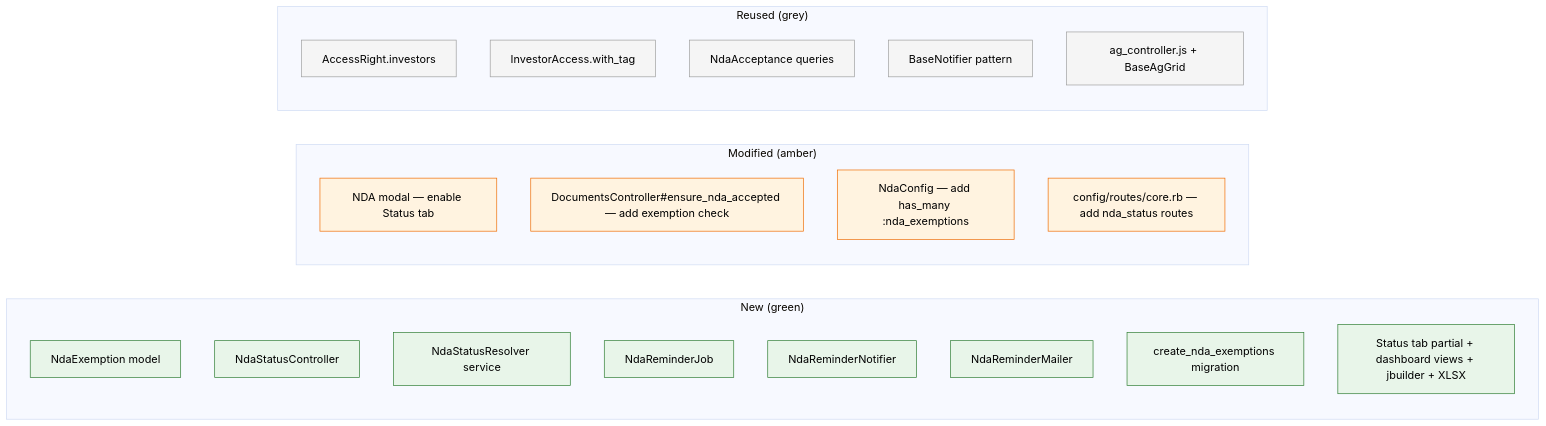
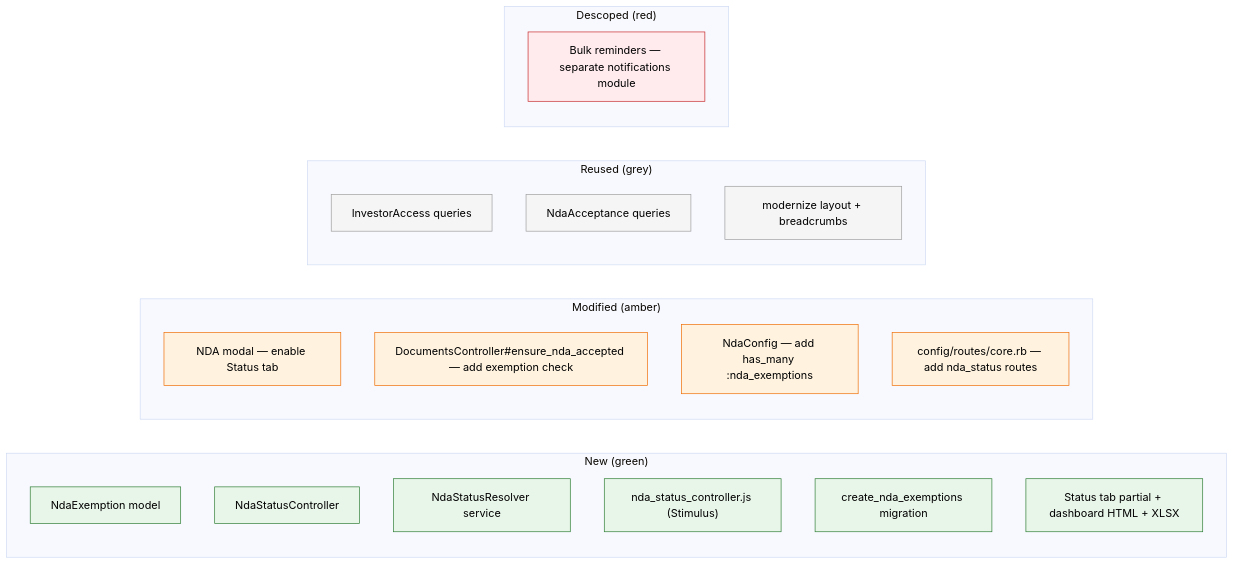
The third of 11 diagrams in openspec/changes/nda-data-room-module-3-gp-dashboard/design.md (sampadadiwan/IRM_CompanyMain), drawn with Mermaid (base theme) before and after one commit. The commit also changed other lines of this file, not shown here.

First line of the commit message:
docs: Update design doc — InvestorAccess, HTML table, descope reminders

````diff
--- a/openspec/changes/nda-data-room-module-3-gp-dashboard/design.md
+++ b/openspec/changes/nda-data-room-module-3-gp-dashboard/design.md
@@ -196,35 +160,37 @@
 ```mermaid
 flowchart LR
     subgraph New["New (green)"]
         NE["NdaExemption model"]
         NSC["NdaStatusController"]
         NSR["NdaStatusResolver service"]
-        NRJ["NdaReminderJob"]
-        NRN["NdaReminderNotifier"]
-        NRM["NdaReminderMailer"]
+        STIM["nda_status_controller.js (Stimulus)"]
         MIG["create_nda_exemptions migration"]
-        VIEWS["Status tab partial + dashboard views + jbuilder + XLSX"]
+        VIEWS["Status tab partial + dashboard HTML + XLSX"]
     end
 
     subgraph Modified["Modified (amber)"]
         MODAL["NDA modal — enable Status tab"]
         GATE["DocumentsController#ensure_nda_accepted — add exemption check"]
         NDACONF["NdaConfig — add has_many :nda_exemptions"]
         ROUTES["config/routes/core.rb — add nda_status routes"]
     end
 
     subgraph Reused["Reused (grey)"]
-        AR["AccessRight.investors"]
-        IA["InvestorAccess.with_tag"]
+        IA["InvestorAccess queries"]
         NA["NdaAcceptance queries"]
-        BN["BaseNotifier pattern"]
-        AGG["ag_controller.js + BaseAgGrid"]
+        LAYOUT["modernize layout + breadcrumbs"]
+    end
+
+    subgraph Descoped["Descoped (red)"]
+        REM["Bulk reminders — separate notifications module"]
     end
 
     classDef green fill:#e8f5e9,stroke:#2e7d32,color:#000
     classDef amber fill:#fff3e0,stroke:#ef6c00,color:#000
     classDef grey fill:#f5f5f5,stroke:#9e9e9e,color:#000
-    class NE,NSC,NSR,NRJ,NRN,NRM,MIG,VIEWS green
+    classDef red fill:#ffebee,stroke:#c62828,color:#000
+    class NE,NSC,NSR,STIM,MIG,VIEWS green
     class MODAL,GATE,NDACONF,ROUTES amber
-    class AR,IA,NA,BN,AGG grey
+    class IA,NA,LAYOUT grey
+    class REM red
 ```
````
